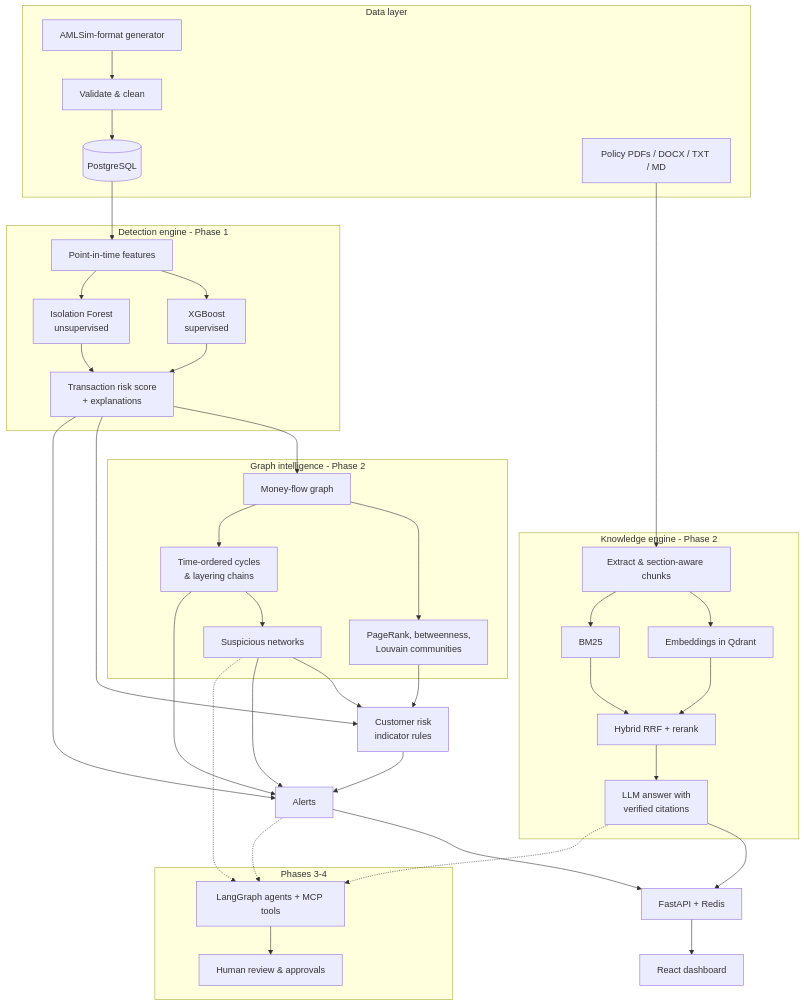
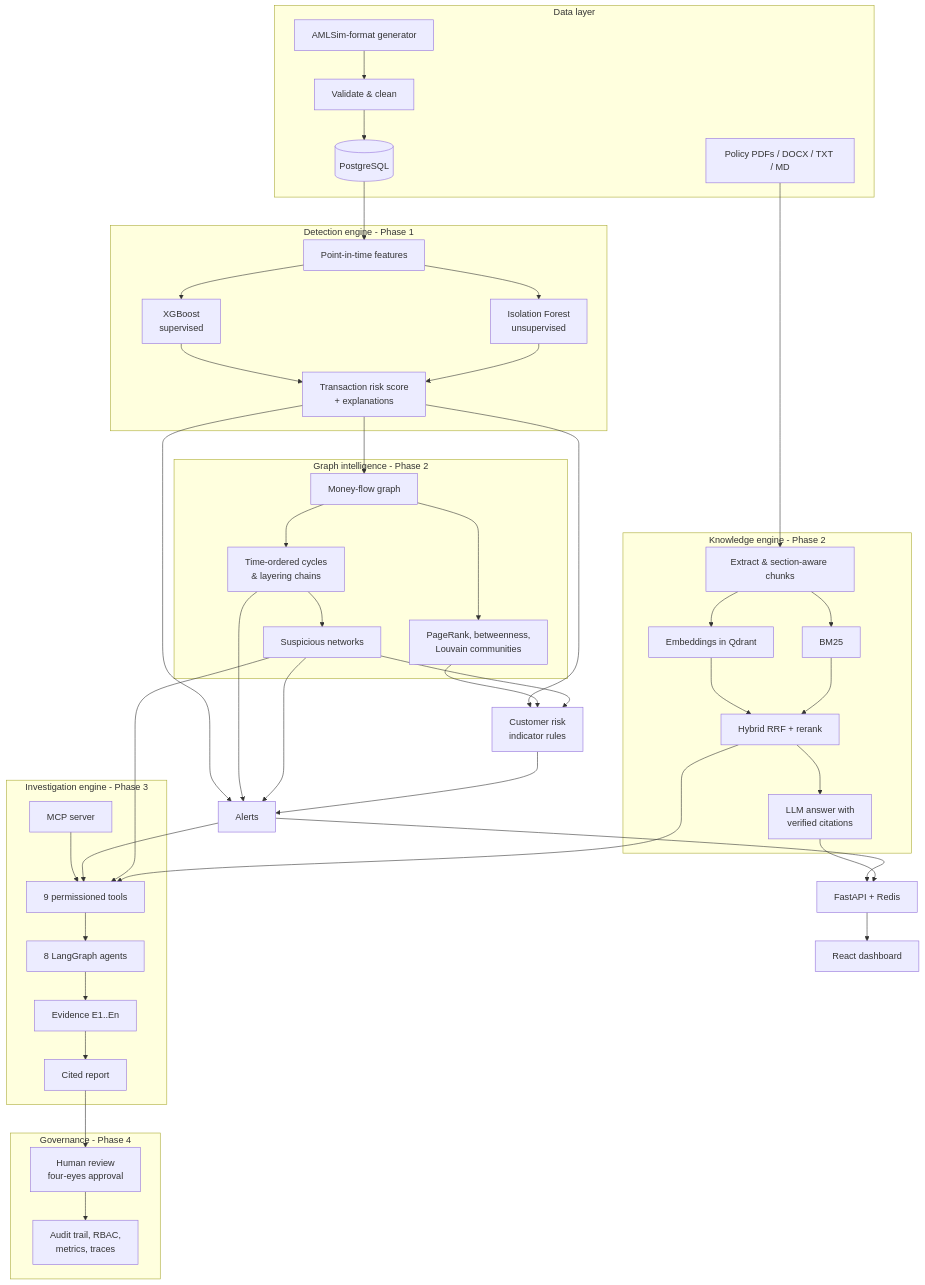
The diagram in README.md (srinivasand04/finguard-ai), drawn with Mermaid before and after one commit. The commit also changed other lines of this file and 6 other files, not shown here.

First line of the commit message:
docs: Phases 3-4 report, runbook, security model and MCP guide

````diff
--- a/README.md
+++ b/README.md
@@ -28,43 +28,51 @@
 ```mermaid
 flowchart TB
     subgraph Data["Data layer"]
         G[AMLSim-format generator] --> V[Validate & clean] --> PG[(PostgreSQL)]
         DOCS[Policy PDFs / DOCX / TXT / MD]
     end
     subgraph Detect["Detection engine - Phase 1"]
         F[Point-in-time features] --> XGB[XGBoost<br/>supervised]
         F --> IF[Isolation Forest<br/>unsupervised]
         XGB --> RS[Transaction risk score<br/>+ explanations]
         IF --> RS
     end
     subgraph Graph["Graph intelligence - Phase 2"]
         GE[Money-flow graph] --> GM[PageRank, betweenness,<br/>Louvain communities]
         GE --> GP[Time-ordered cycles<br/>& layering chains]
         GP --> GN[Suspicious networks]
     end
     subgraph Know["Knowledge engine - Phase 2"]
         CH[Extract & section-aware chunks] --> EMB[Embeddings in Qdrant]
         CH --> BM[BM25]
         EMB --> HY[Hybrid RRF + rerank]
         BM --> HY
         HY --> LLM[LLM answer with<br/>verified citations]
     end
     PG --> F
     RS --> GE
     RS --> CR[Customer risk<br/>indicator rules]
     GM --> CR
     GN --> CR
     RS --> AL[Alerts]
     GP --> AL
     GN --> AL
     CR --> AL
     DOCS --> CH
     AL --> API[FastAPI + Redis] --> UI[React dashboard]
     LLM --> API
-    subgraph Later["Phases 3-4"]
-        AG[LangGraph agents + MCP tools] --> HR[Human review & approvals]
+    subgraph Inv["Investigation engine - Phase 3"]
+        TR[9 permissioned tools] --> AG[8 LangGraph agents]
+        AG --> EV[Evidence E1..En] --> RP[Cited report]
+        MCP[MCP server] --> TR
     end
-    AL -.-> AG
-    GN -.-> AG
-    LLM -.-> AG
+    subgraph Gov["Governance - Phase 4"]
+        HR[Human review<br/>four-eyes approval]
+        AU[Audit trail, RBAC,<br/>metrics, traces]
+    end
+    AL --> TR
+    GN --> TR
+    HY --> TR
+    RP --> HR
+    HR --> AU
 ```
````
